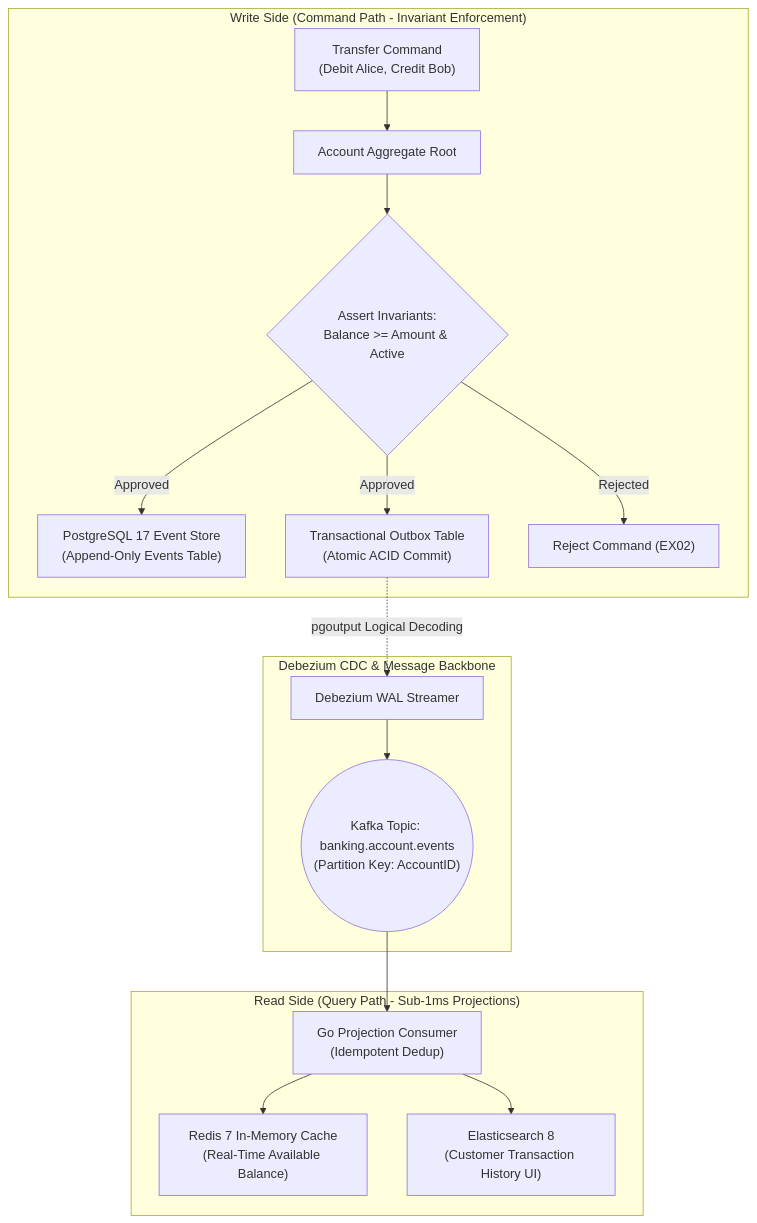
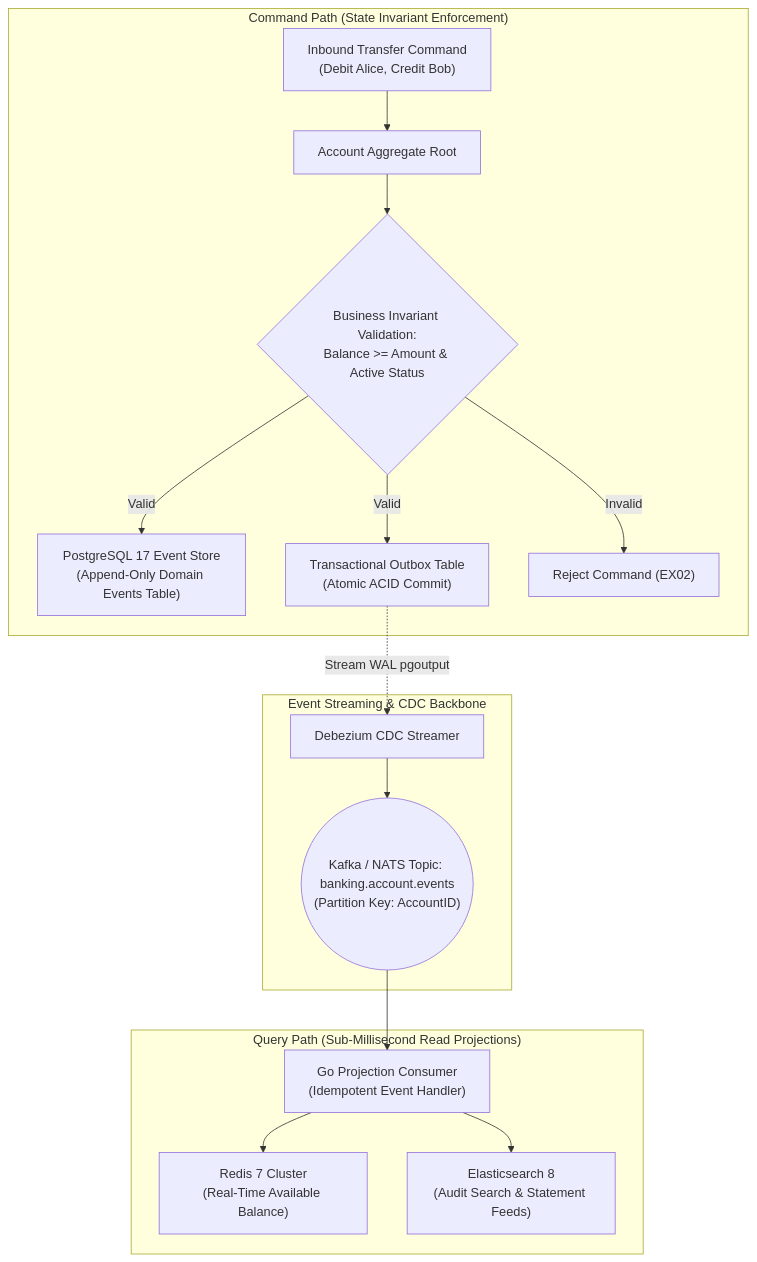
One commit to vesviet/vesviet changed the first of 2 diagrams in content/series/core-banking-architecture/part-3-event-sourcing-cqrs.md. Above: the diagram before and after it, drawn with Mermaid. The commit also changed other lines of this file and 90 other files, not shown here.

````diff
--- a/content/series/core-banking-architecture/part-3-event-sourcing-cqrs.md
+++ b/content/series/core-banking-architecture/part-3-event-sourcing-cqrs.md
@@ -42,31 +39,31 @@
 ```mermaid
 flowchart TD
-    subgraph Command_Side ["Write Side (Command Path - Invariant Enforcement)"]
-        Cmd["Transfer Command<br/>(Debit Alice, Credit Bob)"]
+    subgraph Command_Side ["Command Path (State Invariant Enforcement)"]
+        Cmd["Inbound Transfer Command<br/>(Debit Alice, Credit Bob)"]
         Agg["Account Aggregate Root"]
-        Validation{"Assert Invariants:<br/>Balance >= Amount & Active"}
-        EventStore["PostgreSQL 17 Event Store<br/>(Append-Only Events Table)"]
+        Validation{"Business Invariant Validation:<br/>Balance >= Amount & Active Status"}
+        EventStore["PostgreSQL 17 Event Store<br/>(Append-Only Domain Events Table)"]
         OutboxTable["Transactional Outbox Table<br/>(Atomic ACID Commit)"]
 
         Cmd --> Agg
         Agg --> Validation
-        Validation -->|Approved| EventStore & OutboxTable
-        Validation -->|Rejected| Err["Reject Command (EX02)"]
+        Validation -->|Valid| EventStore & OutboxTable
+        Validation -->|Invalid| Err["Reject Command (EX02)"]
     end
 
-    subgraph CDC_Streaming ["Debezium CDC & Message Backbone"]
-        Debezium["Debezium WAL Streamer"]
-        KafkaTopic(("Kafka Topic: banking.account.events<br/>(Partition Key: AccountID)"))
-        OutboxTable -.->|pgoutput Logical Decoding| Debezium
+    subgraph Streaming_Backbone ["Event Streaming & CDC Backbone"]
+        Debezium["Debezium CDC Streamer"]
+        KafkaTopic(("Kafka / NATS Topic: banking.account.events<br/>(Partition Key: AccountID)"))
+        OutboxTable -.->|Stream WAL pgoutput| Debezium
         Debezium --> KafkaTopic
     end
 
-    subgraph Query_Side ["Read Side (Query Path - Sub-1ms Projections)"]
-        Consumer["Go Projection Consumer<br/>(Idempotent Dedup)"]
-        RedisCache["Redis 7 In-Memory Cache<br/>(Real-Time Available Balance)"]
-        ElasticStore["Elasticsearch 8<br/>(Customer Transaction History UI)"]
+    subgraph Query_Side ["Query Path (Sub-Millisecond Read Projections)"]
+        Consumer["Go Projection Consumer<br/>(Idempotent Event Handler)"]
+        RedisCache["Redis 7 Cluster<br/>(Real-Time Available Balance)"]
+        ElasticStore["Elasticsearch 8<br/>(Audit Search & Statement Feeds)"]
 
         KafkaTopic --> Consumer
         Consumer --> RedisCache & ElasticStore
     end
 ```
````
